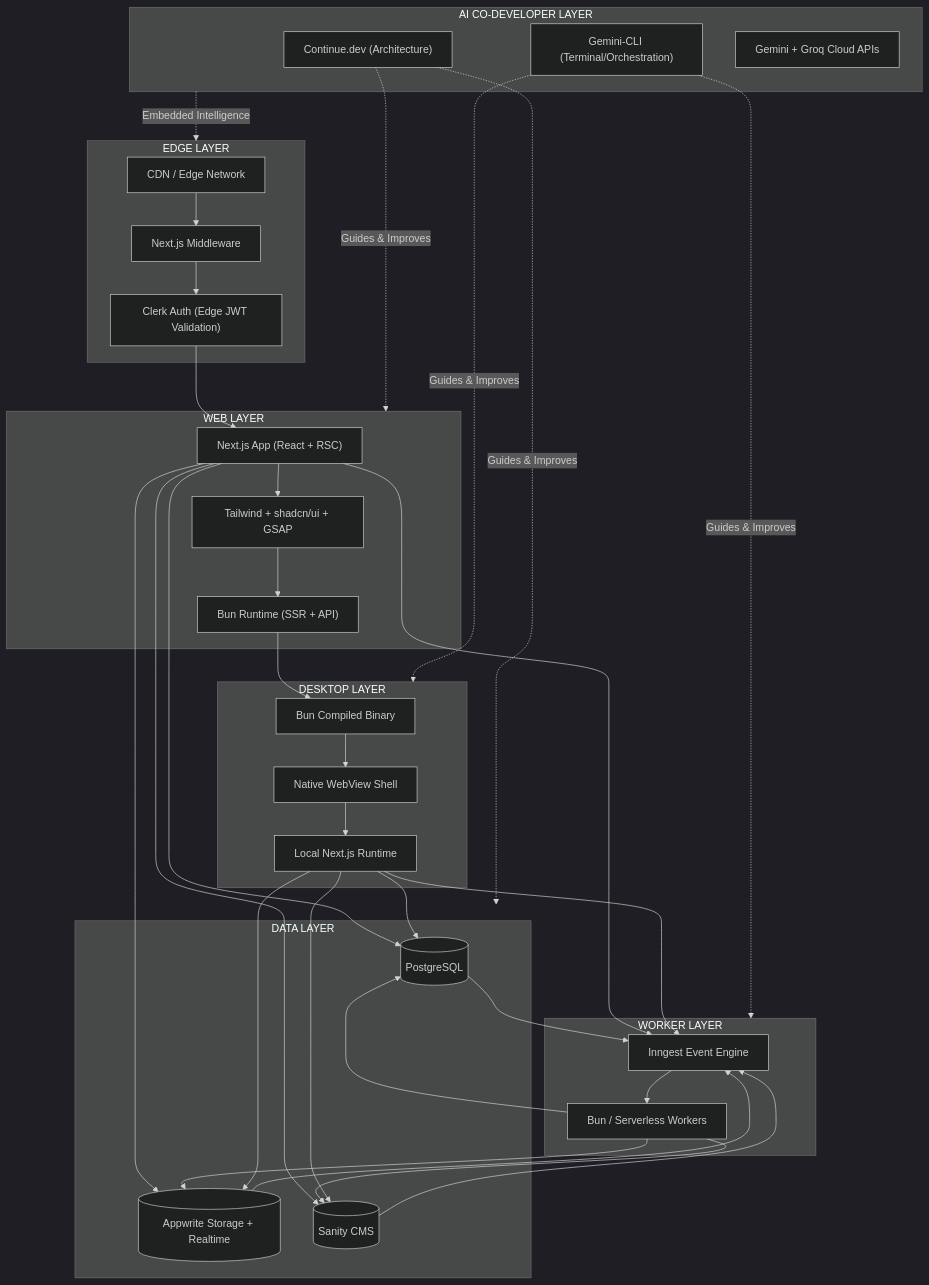
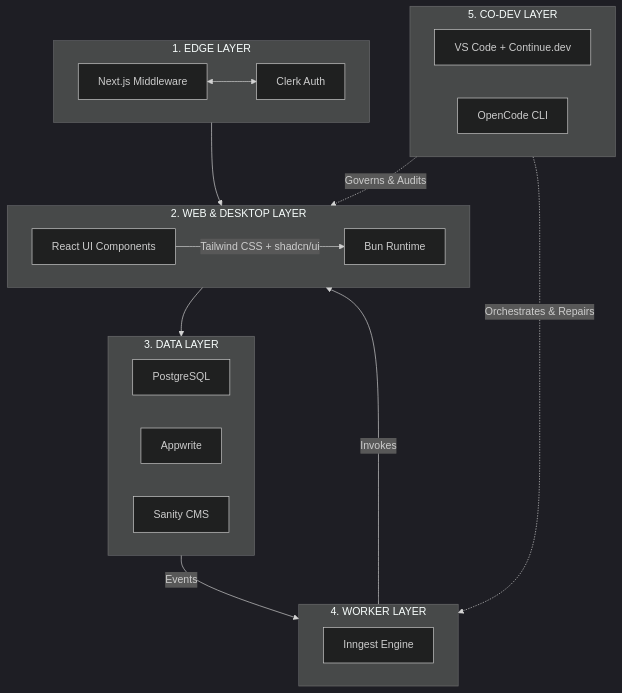
The diagram in Technical-Stack/From-Web-Stack-to-Living-System.md (seanwhs/Plans), drawn with Mermaid (dark theme) before and after one commit. The commit also changed other lines of this file, not shown here.

````diff
--- a/Technical-Stack/From-Web-Stack-to-Living-System.md
+++ b/Technical-Stack/From-Web-Stack-to-Living-System.md
@@ -39,56 +23,28 @@
 ```mermaid
 flowchart TB
-    subgraph EDGE["EDGE LAYER"]
-        CDN["CDN / Edge Network"]
-        Middleware["Next.js Middleware"]
-        ClerkEdge["Clerk Auth (Edge JWT Validation)"]
-        CDN --> Middleware --> ClerkEdge
+    subgraph EDGE["1. EDGE LAYER"]
+        M["Next.js Middleware"] <--> C["Clerk Auth"]
     end
-    subgraph WEB["WEB LAYER"]
-        Next["Next.js App (React + RSC)"]
-        UI["Tailwind + shadcn/ui + GSAP"]
-        BunWeb["Bun Runtime (SSR + API)"]
-        ClerkEdge --> Next --> UI --> BunWeb
+    subgraph CL["2. WEB & DESKTOP LAYER"]
+        A["React UI Components"] -->|Tailwind CSS + shadcn/ui| B["Bun Runtime"]
     end
-    subgraph DATA["DATA LAYER"]
-        PG[(PostgreSQL)]
-        Appwrite[(Appwrite Storage + Realtime)]
-        Sanity[(Sanity CMS)]
-        Next --> PG
-        Next --> Appwrite
-        Next --> Sanity
+    subgraph DATA["3. DATA LAYER"]
+        E["PostgreSQL"]
+        D["Appwrite"]
+        F["Sanity CMS"]
     end
-    subgraph WORKERS["WORKER LAYER"]
-        Inngest["Inngest Event Engine"]
-        Jobs["Bun / Serverless Workers"]
-        Next --> Inngest
-        Appwrite --> Inngest
-        PG --> Inngest
-        Sanity --> Inngest
-        Inngest --> Jobs
-        Jobs --> PG
-        Jobs --> Appwrite
-        Jobs --> Sanity
+    subgraph ORCH["4. WORKER LAYER"]
+        G["Inngest Engine"]
     end
-    subgraph DESKTOP["DESKTOP LAYER"]
-        Binary["Bun Compiled Binary"]
-        WebView["Native WebView Shell"]
-        Local["Local Next.js Runtime"]
-        BunWeb --> Binary --> WebView --> Local
-        Local --> PG
-        Local --> Appwrite
-        Local --> Sanity
-        Local --> Inngest
+    subgraph AI["5. CO-DEV LAYER"]
+        VS["VS Code + Continue.dev"]
+        Open["OpenCode CLI"]
     end
-    subgraph AI["AI CO-DEVELOPER LAYER"]
-        Continue["Continue.dev (Architecture)"]
-        Gemini["Gemini-CLI (Terminal/Orchestration)"]
-        Cloud["Gemini + Groq Cloud APIs"]
-    end
+    EDGE --> CL
+    CL --> DATA
+    DATA -->|"Events"| ORCH
+    ORCH -->|"Invokes"| CL
+    AI -.->|"Governs & Audits"| CL
+    AI -.->|"Orchestrates & Repairs"| ORCH
 
-    Continue -.->|"Guides & Improves"| WEB
-    Continue -.->|"Guides & Improves"| DATA
-    Gemini -.->|"Guides & Improves"| WORKERS
-    Gemini -.->|"Guides & Improves"| DESKTOP
-    AI -.->|"Embedded Intelligence"| EDGE
 ```
````
